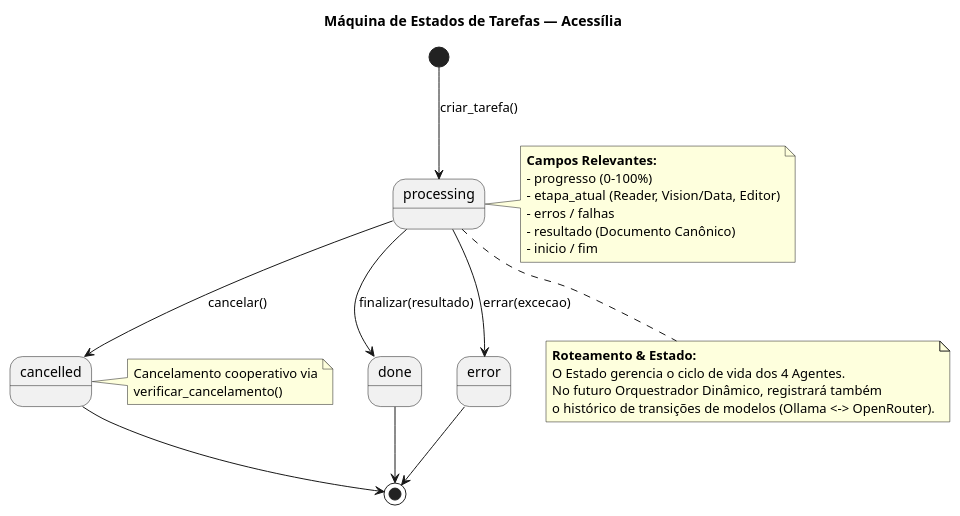
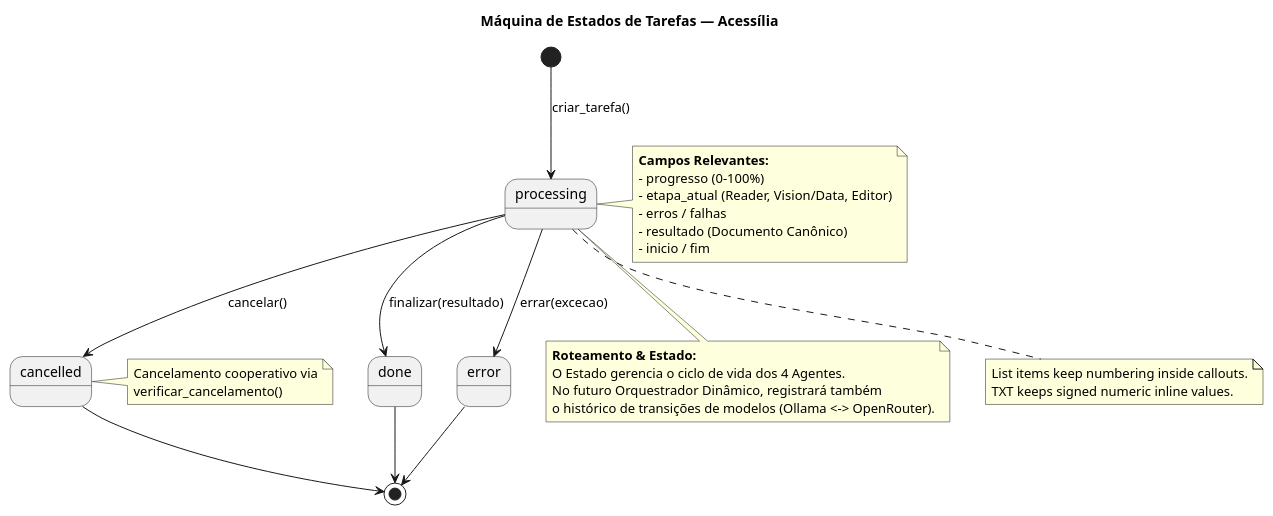
Before and after one commit to A11yDevs/acessilia: the diagram in docs/state_machine/task_state_machine.puml, drawn with PlantUML. The commit also changed 14 other files, not shown here.

Commit message:
fix(math): preserve numeric TXT values and recognize continued lists

```diff
--- a/docs/state_machine/task_state_machine.puml
+++ b/docs/state_machine/task_state_machine.puml
@@ -1,37 +1,42 @@
 @startuml task_state_machine
 skinparam shadowing false
 
 title Máquina de Estados de Tarefas — Acessília
 
 [*] --> processing : criar_tarefa()
 
 processing --> done : finalizar(resultado)
 processing --> error : errar(excecao)
 processing --> cancelled : cancelar()
 
 error --> [*]
 done --> [*]
 cancelled --> [*]
 
 note right of processing
   <b>Campos Relevantes:</b>
   - progresso (0-100%)
   - etapa_atual (Reader, Vision/Data, Editor)
   - erros / falhas
   - resultado (Documento Canônico)
   - inicio / fim
 end note
 
 note right of cancelled
   Cancelamento cooperativo via
   verificar_cancelamento()
 end note
 
 note bottom of processing
   <b>Roteamento & Estado:</b>
   O Estado gerencia o ciclo de vida dos 4 Agentes.
   No futuro Orquestrador Dinâmico, registrará também
   o histórico de transições de modelos (Ollama <-> OpenRouter).
 end note
 
+note bottom of processing
+  List items keep numbering inside callouts.
+  TXT keeps signed numeric inline values.
+end note
+
 @enduml
```
